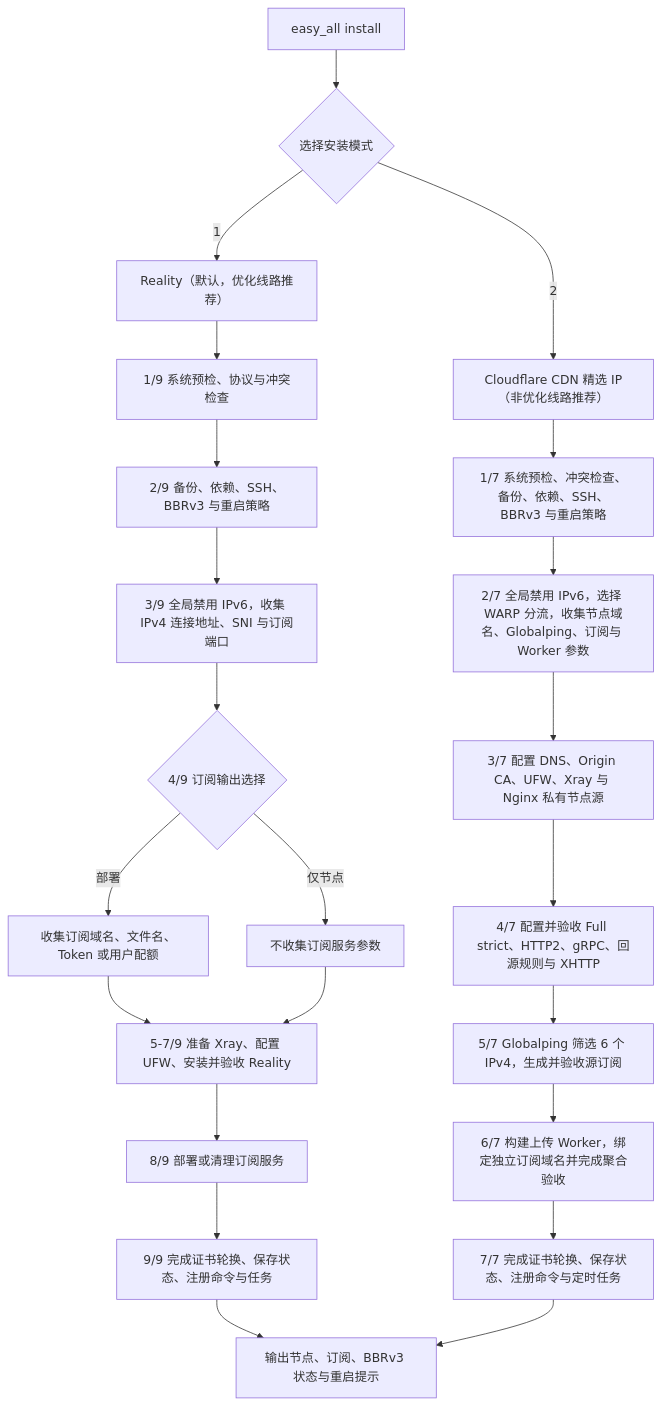
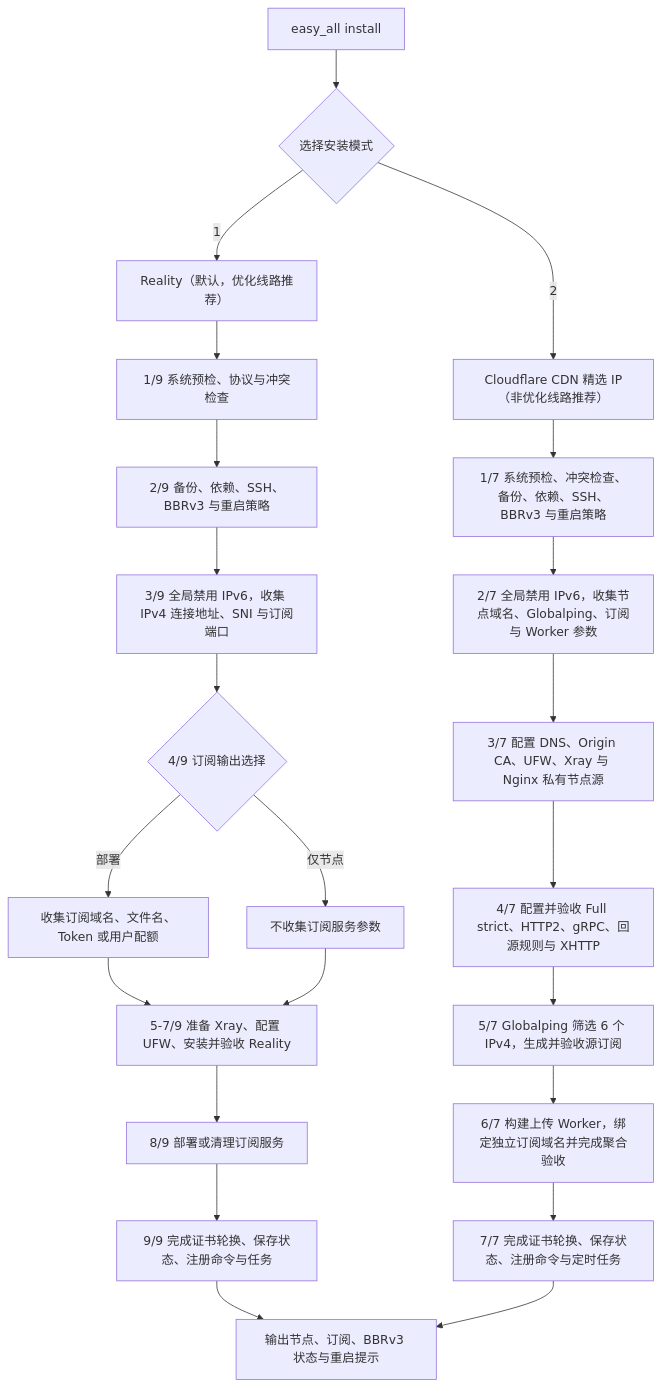
The diagram in README.md (v2yiz/easy_all), drawn with Mermaid before and after one commit. The commit also changed other lines of this file and 16 other files, not shown here.

````diff
--- a/README.md
+++ b/README.md
@@ -273,27 +273,27 @@
 ```mermaid
 graph TD
     A["easy_all install"] --> B{"选择安装模式"}
 
     B -->|1| R0["Reality（默认，优化线路推荐）"]
     R0 --> R1["1/9 系统预检、协议与冲突检查"]
     R1 --> R2["2/9 备份、依赖、SSH、BBRv3 与重启策略"]
     R2 --> R3["3/9 全局禁用 IPv6，收集 IPv4 连接地址、SNI 与订阅端口"]
     R3 --> R4{"4/9 订阅输出选择"}
     R4 -->|部署| R5["收集订阅域名、文件名、Token 或用户配额"]
     R4 -->|仅节点| R6["不收集订阅服务参数"]
     R5 --> R7["5-7/9 准备 Xray、配置 UFW、安装并验收 Reality"]
     R6 --> R7
     R7 --> R8["8/9 部署或清理订阅服务"]
     R8 --> R9["9/9 完成证书轮换、保存状态、注册命令与任务"]
     R9 --> Z["输出节点、订阅、BBRv3 状态与重启提示"]
 
     B -->|2| C0["Cloudflare CDN 精选 IP（非优化线路推荐）"]
     C0 --> C1["1/7 系统预检、冲突检查、备份、依赖、SSH、BBRv3 与重启策略"]
-    C1 --> C2["2/7 全局禁用 IPv6，选择 WARP 分流，收集节点域名、Globalping、订阅与 Worker 参数"]
+    C1 --> C2["2/7 全局禁用 IPv6，收集节点域名、Globalping、订阅与 Worker 参数"]
     C2 --> C3["3/7 配置 DNS、Origin CA、UFW、Xray 与 Nginx 私有节点源"]
     C3 --> C4["4/7 配置并验收 Full strict、HTTP2、gRPC、回源规则与 XHTTP"]
     C4 --> C5["5/7 Globalping 筛选 6 个 IPv4，生成并验收源订阅"]
     C5 --> C6["6/7 构建上传 Worker，绑定独立订阅域名并完成聚合验收"]
     C6 --> C7["7/7 完成证书轮换、保存状态、注册命令与定时任务"]
     C7 --> Z
 ```
````
